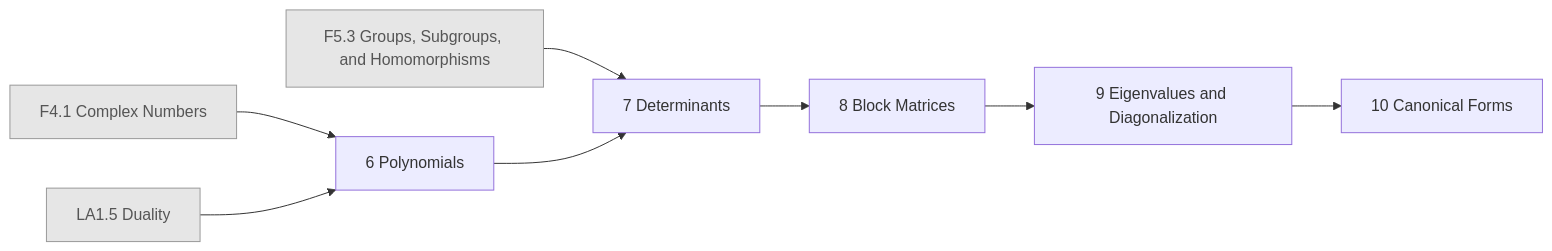
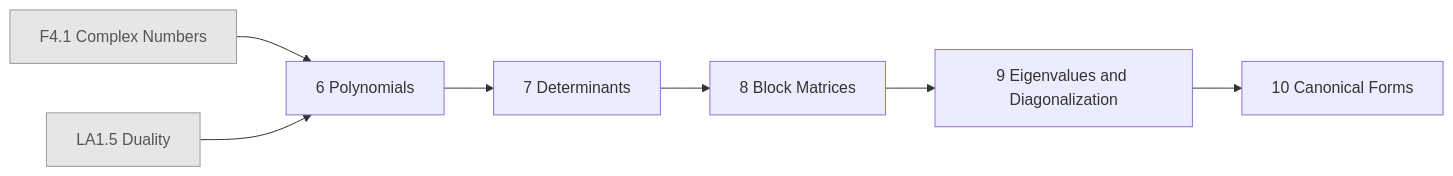
One commit to AkizumiFox/math-atlas changed the diagram in generated/chapters/LA2.mmd. Above: the diagram before and after it, drawn with Mermaid. The commit also changed 7 other files, not shown here.

```diff
--- a/generated/chapters/LA2.mmd
+++ b/generated/chapters/LA2.mmd
@@ -1,19 +1,17 @@
 flowchart LR
   F4_1["F4.1 Complex Numbers"]:::ext
-  F5_3["F5.3 Groups, Subgroups, and Homomorphisms"]:::ext
   LA1_5["LA1.5 Duality"]:::ext
   LA2_6["6 Polynomials"]
   LA2_7["7 Determinants"]
   LA2_8["8 Block Matrices"]
   LA2_9["9 Eigenvalues and Diagonalization"]
   LA2_10["10 Canonical Forms"]
   F4_1 --> LA2_6
   LA1_5 --> LA2_6
-  F5_3 --> LA2_7
   LA2_6 --> LA2_7
   LA2_7 --> LA2_8
   LA2_8 --> LA2_9
   LA2_9 --> LA2_10
   classDef ext fill:#e6e6e6,stroke:#999,color:#555
   classDef opt fill:#fff,stroke:#999,stroke-dasharray:4 3,color:#555
   classDef segb fill:#f6f6fb,stroke:#99a,color:#333
```
